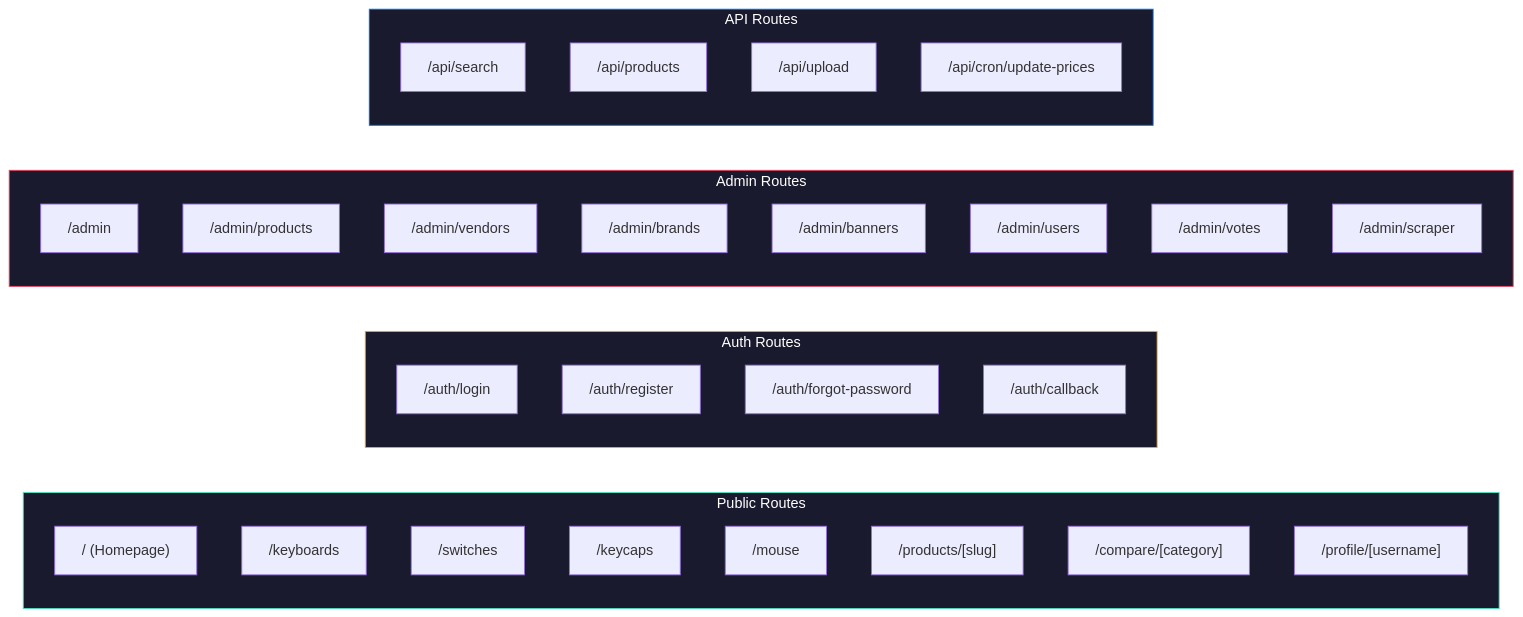
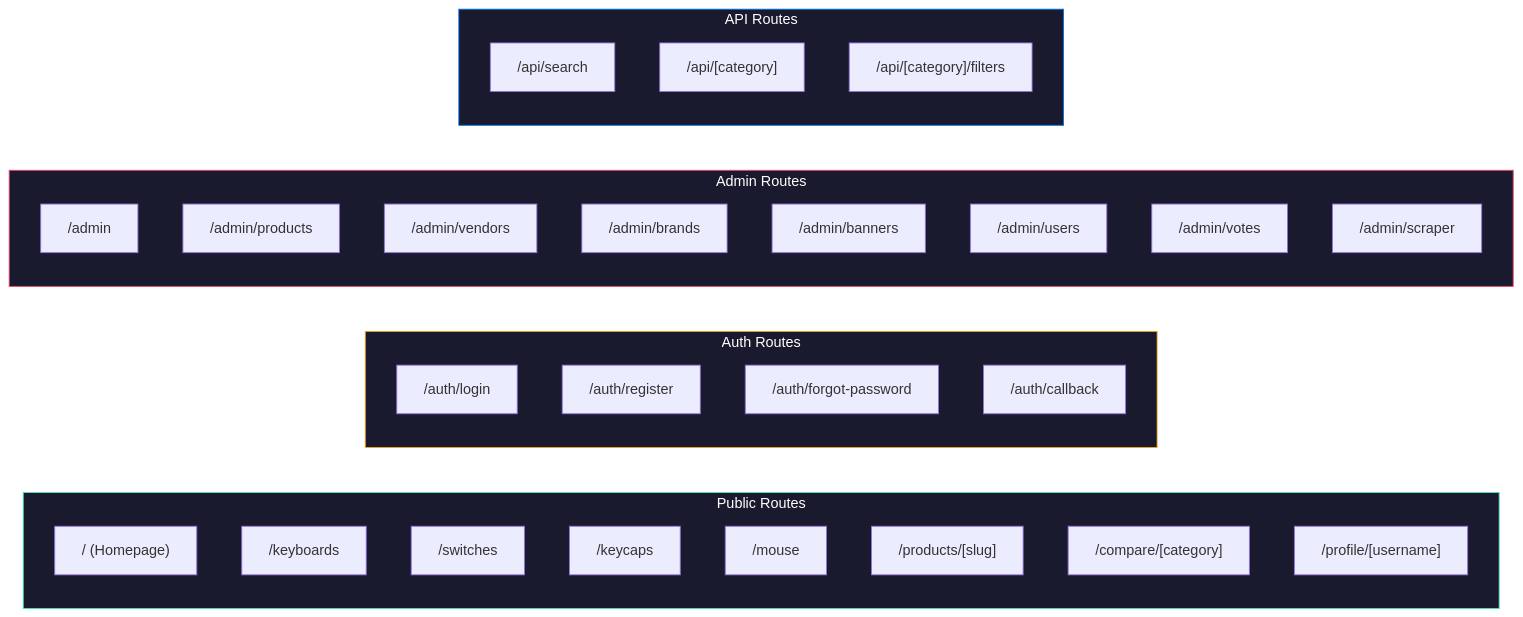
The second of 11 diagrams in docs/ARCHITECTURE.md (keydir-in/app.keydir.in), drawn with Mermaid before and after one commit. The commit also changed 63 other files, not shown here.

````diff
--- a/docs/ARCHITECTURE.md
+++ b/docs/ARCHITECTURE.md
@@ -83,43 +83,42 @@
 ```mermaid
 flowchart LR
     subgraph Public["Public Routes"]
         Home["/ (Homepage)"]
         KB["/keyboards"]
         SW["/switches"]
         KC["/keycaps"]
         MS["/mouse"]
         Prod["/products/[slug]"]
         Cmp["/compare/[category]"]
         Prof["/profile/[username]"]
     end
 
     subgraph Auth["Auth Routes"]
         Login["/auth/login"]
         Register["/auth/register"]
         Forgot["/auth/forgot-password"]
         Callback["/auth/callback"]
     end
 
     subgraph Admin["Admin Routes"]
         Dash["/admin"]
         AdminProd["/admin/products"]
         AdminVen["/admin/vendors"]
         AdminBrand["/admin/brands"]
         AdminBanner["/admin/banners"]
         AdminUser["/admin/users"]
         AdminVote["/admin/votes"]
         AdminScraper["/admin/scraper"]
     end
 
     subgraph API["API Routes"]
         Search["/api/search"]
-        Products["/api/products"]
-        Upload["/api/upload"]
-        Cron["/api/cron/update-prices"]
+        Category["/api/[category]"]
+        Filters["/api/[category]/filters"]
     end
 
     style Public fill:#1a1a2e,stroke:#50e3c2,color:#fff
     style Auth fill:#1a1a2e,stroke:#f5a623,color:#fff
     style Admin fill:#1a1a2e,stroke:#e94560,color:#fff
     style API fill:#1a1a2e,stroke:#0070f3,color:#fff
 ```
````
